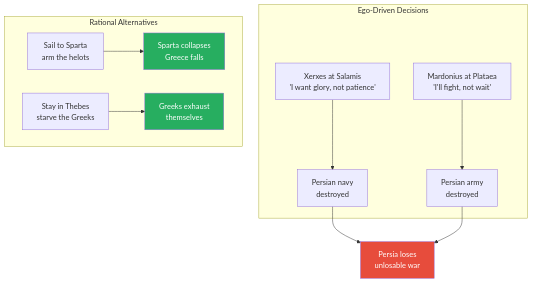
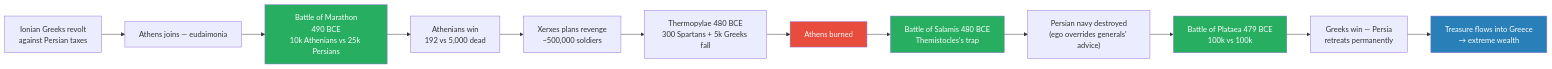
Before and after one commit to alius33/reader: the third of 6 diagrams in summaries/Lectures/Civilization/08 - Rat Utopia and the Peloponnesian War.md, drawn with Mermaid. The commit also changed other lines of this file and 26 other files, not shown here.

````diff
--- a/summaries/Lectures/Civilization/08 - Rat Utopia and the Peloponnesian War.md
+++ b/summaries/Lectures/Civilization/08 - Rat Utopia and the Peloponnesian War.md
@@ -167,16 +177,19 @@
 ```mermaid
-flowchart TB
-    subgraph EGO["Ego-Driven Decisions"]
-        X1["Xerxes at Salamis<br/>'I want glory, not patience'"] --> L1["Persian navy<br/>destroyed"]
-        M1["Mardonius at Plataea<br/>'I'll fight, not wait'"] --> L2["Persian army<br/>destroyed"]
-    end
-    subgraph RAT["Rational Alternatives"]
-        X2["Sail to Sparta<br/>arm the helots"] --> W1["Sparta collapses<br/>Greece falls"]
-        M2["Stay in Thebes<br/>starve the Greeks"] --> W2["Greeks exhaust<br/>themselves"]
-    end
-    L1 --> OUT["Persia loses<br/>unlosable war"]
-    L2 --> OUT
-    style OUT fill:#e74c3c,color:#fff
-    style W1 fill:#27ae60,color:#fff
-    style W2 fill:#27ae60,color:#fff
+flowchart LR
+    IR["Ionian Greeks revolt<br/>against Persian taxes"] --> AH["Athens joins — eudaimonia"]
+    AH --> MA["Battle of Marathon<br/>490 BCE<br/>10k Athenians vs 25k Persians"]
+    MA --> MW["Athenians win<br/>192 vs 5,000 dead"]
+    MW --> XE["Xerxes plans revenge<br/>~500,000 soldiers"]
+    XE --> TH["Thermopylae 480 BCE<br/>300 Spartans + 5k Greeks fall"]
+    TH --> AB["Athens burned"]
+    AB --> SA["Battle of Salamis 480 BCE<br/>Themistocles's trap"]
+    SA --> PN["Persian navy destroyed<br/>(ego overrides generals' advice)"]
+    PN --> PL["Battle of Plataea 479 BCE<br/>100k vs 100k"]
+    PL --> GV["Greeks win — Persia<br/>retreats permanently"]
+    GV --> WL["Treasure flows into Greece<br/>→ extreme wealth"]
+    style MA fill:#27ae60,color:#fff
+    style SA fill:#27ae60,color:#fff
+    style PL fill:#27ae60,color:#fff
+    style AB fill:#e74c3c,color:#fff
+    style WL fill:#2980b9,color:#fff
 ```
````
